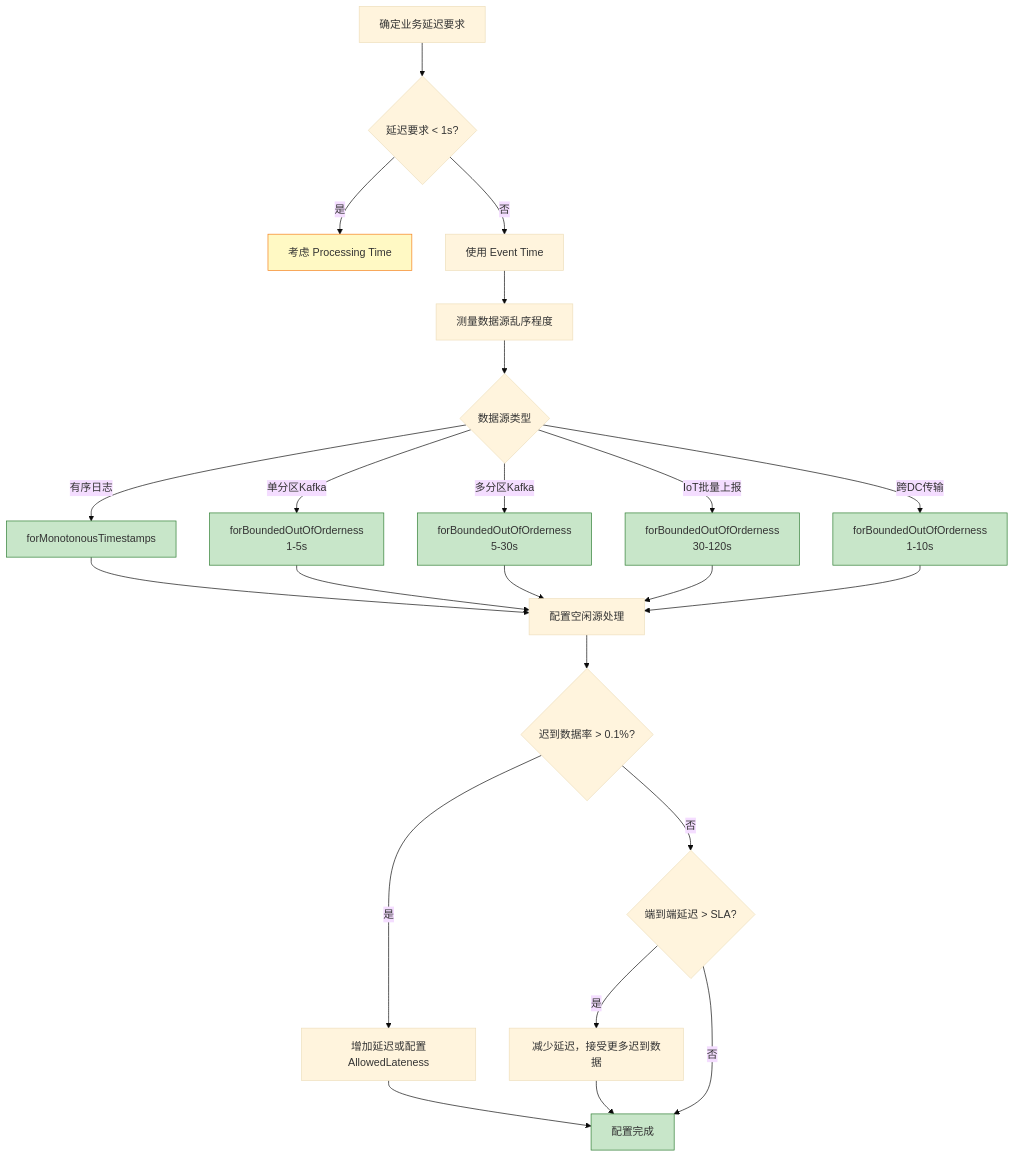
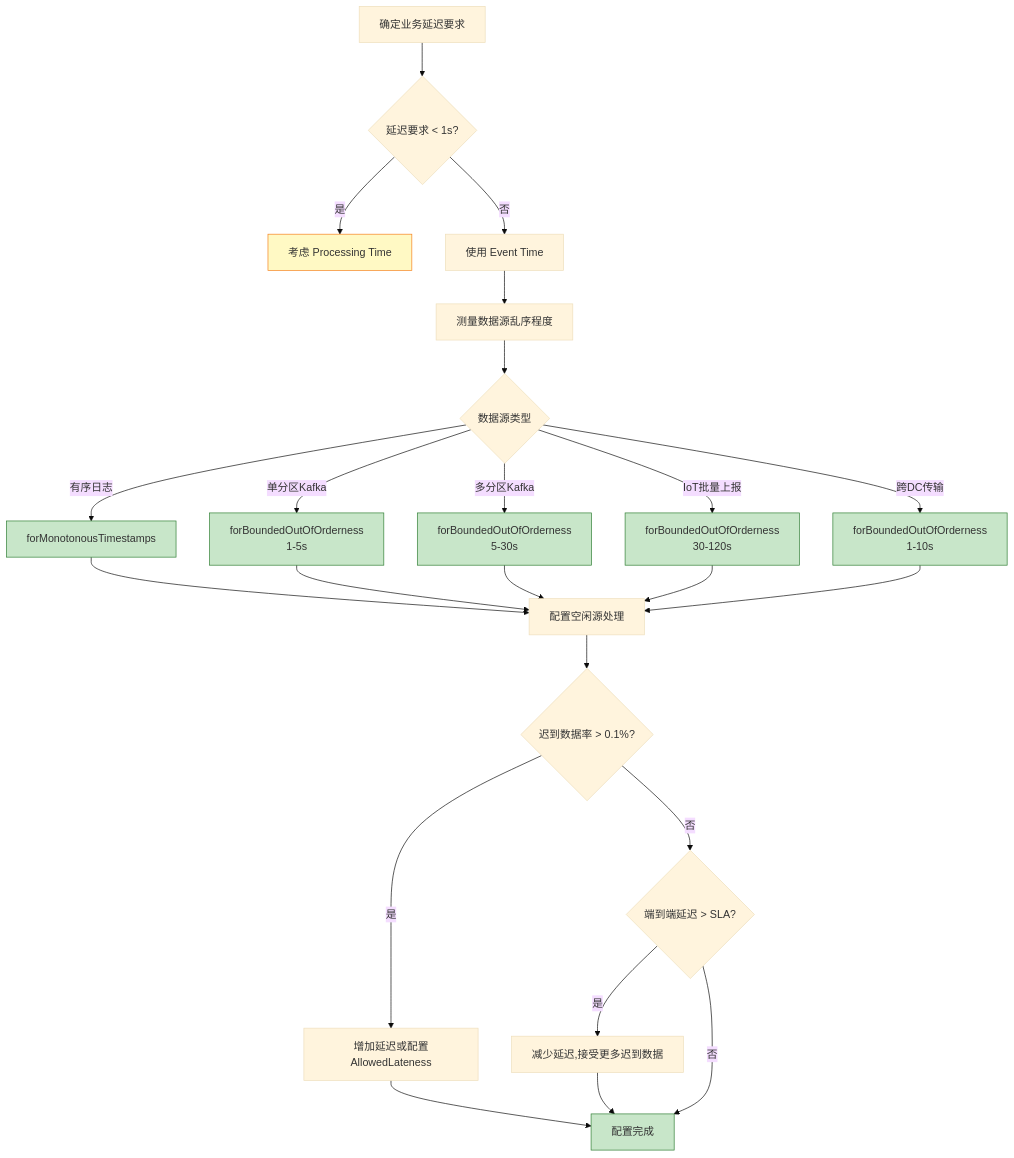
The first of 2 diagrams in Knowledge/09-anti-patterns/anti-pattern-02-watermark-misconfiguration.md (AdaMartin18010/AnalysisDataFlow), drawn with Mermaid (base theme) before and after one commit. The commit also changed other lines of this file and 634 other files, not shown here.

````diff
--- a/Knowledge/09-anti-patterns/anti-pattern-02-watermark-misconfiguration.md
+++ b/Knowledge/09-anti-patterns/anti-pattern-02-watermark-misconfiguration.md
@@ -574,37 +574,37 @@
 ```mermaid
 flowchart TD
     A[确定业务延迟要求] --> B{延迟要求 < 1s?}
     B -->|是| C[考虑 Processing Time]
     B -->|否| D[使用 Event Time]
 
     D --> E[测量数据源乱序程度]
     E --> F{数据源类型}
 
     F -->|有序日志| G[forMonotonousTimestamps]
     F -->|单分区Kafka| H[forBoundedOutOfOrderness<br/>1-5s]
     F -->|多分区Kafka| I[forBoundedOutOfOrderness<br/>5-30s]
     F -->|IoT批量上报| J[forBoundedOutOfOrderness<br/>30-120s]
     F -->|跨DC传输| K[forBoundedOutOfOrderness<br/>1-10s]
 
     G --> L[配置空闲源处理]
     H --> L
     I --> L
     J --> L
     K --> L
 
     L --> M{迟到数据率 > 0.1%?}
     M -->|是| N[增加延迟或配置AllowedLateness]
     M -->|否| O{端到端延迟 > SLA?}
-    O -->|是| P[减少延迟，接受更多迟到数据]
+    O -->|是| P[减少延迟,接受更多迟到数据]
     O -->|否| Q[配置完成]
     N --> Q
     P --> Q
 
     style C fill:#fff9c4,stroke:#f57f17
     style Q fill:#c8e6c9,stroke:#2e7d32
     style G fill:#c8e6c9,stroke:#2e7d32
     style H fill:#c8e6c9,stroke:#2e7d32
     style I fill:#c8e6c9,stroke:#2e7d32
     style J fill:#c8e6c9,stroke:#2e7d32
     style K fill:#c8e6c9,stroke:#2e7d32
 ```
````
